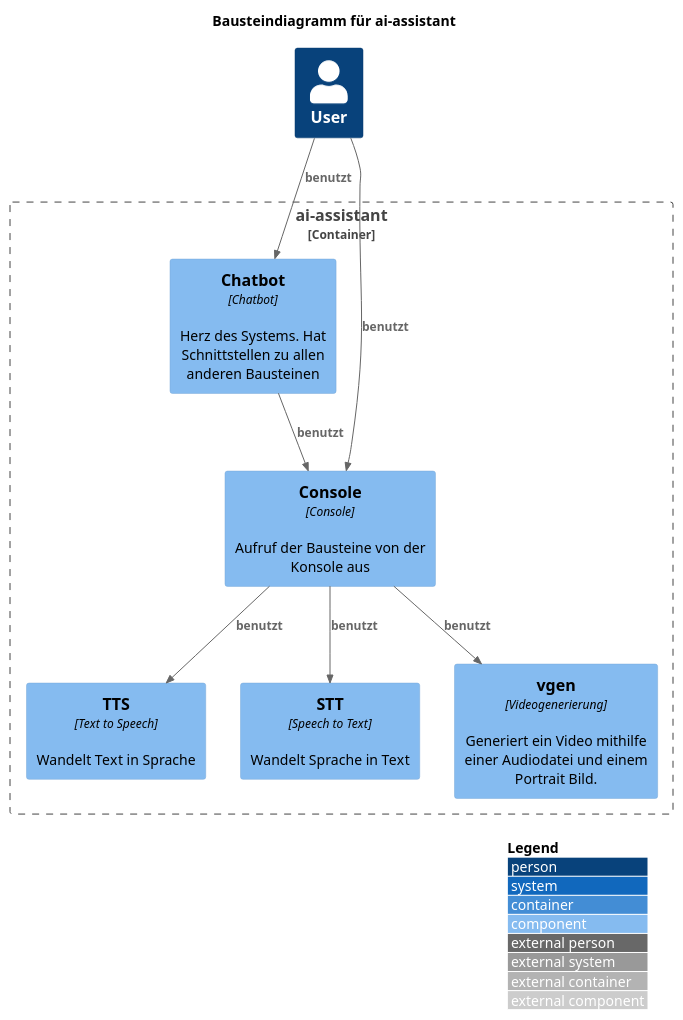
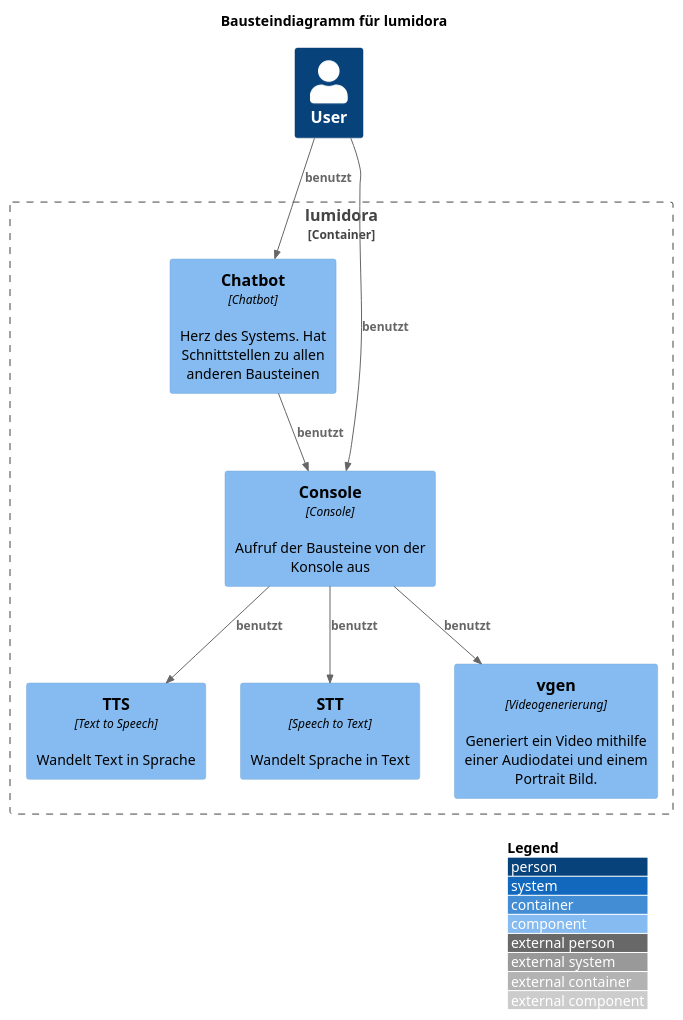
Before and after one commit to koshisinthehouse/lumidora-documentation: the diagram in docs/bausteinansicht.plantuml, drawn with PlantUML. The commit also changed 7 other files, not shown here.

```diff
--- a/docs/bausteinansicht.plantuml
+++ b/docs/bausteinansicht.plantuml
@@ -1,30 +1,30 @@
 @startuml
 !include https://raw.githubusercontent.com/plantuml-stdlib/C4-PlantUML/master/C4_Component.puml
 ' uncomment the following line and comment the first to use locally
 ' !include C4_Component.puml
 
 LAYOUT_WITH_LEGEND()
 
-title Bausteindiagramm für ai-assistant
+title Bausteindiagramm für lumidora
 
 Person(benutzer, "User", "")
 
-Container_Boundary(api, "ai-assistant") {
+Container_Boundary(api, "lumidora") {
     Component(tts, "TTS", "Text to Speech", "Wandelt Text in Sprache")
     Component(stt, "STT", "Speech to Text", "Wandelt Sprache in Text")
     Component(chatbot, "Chatbot", "Chatbot", "Herz des Systems. Hat Schnittstellen zu allen anderen Bausteinen")
     Component(console, "Console", "Console", "Aufruf der Bausteine von der Konsole aus")
     Component(vgen, "vgen", "Videogenerierung", "Generiert ein Video mithilfe einer Audiodatei und einem Portrait Bild.")
 
 }
 
 Rel(benutzer, chatbot, "benutzt", "")
 Rel(benutzer, console, "benutzt", "")
 
 Rel(chatbot, console, "benutzt", "")
 
 Rel(console, tts, "benutzt", "")
 Rel(console, stt, "benutzt", "")
 Rel(console, vgen, "benutzt", "")
 
 @enduml
```
